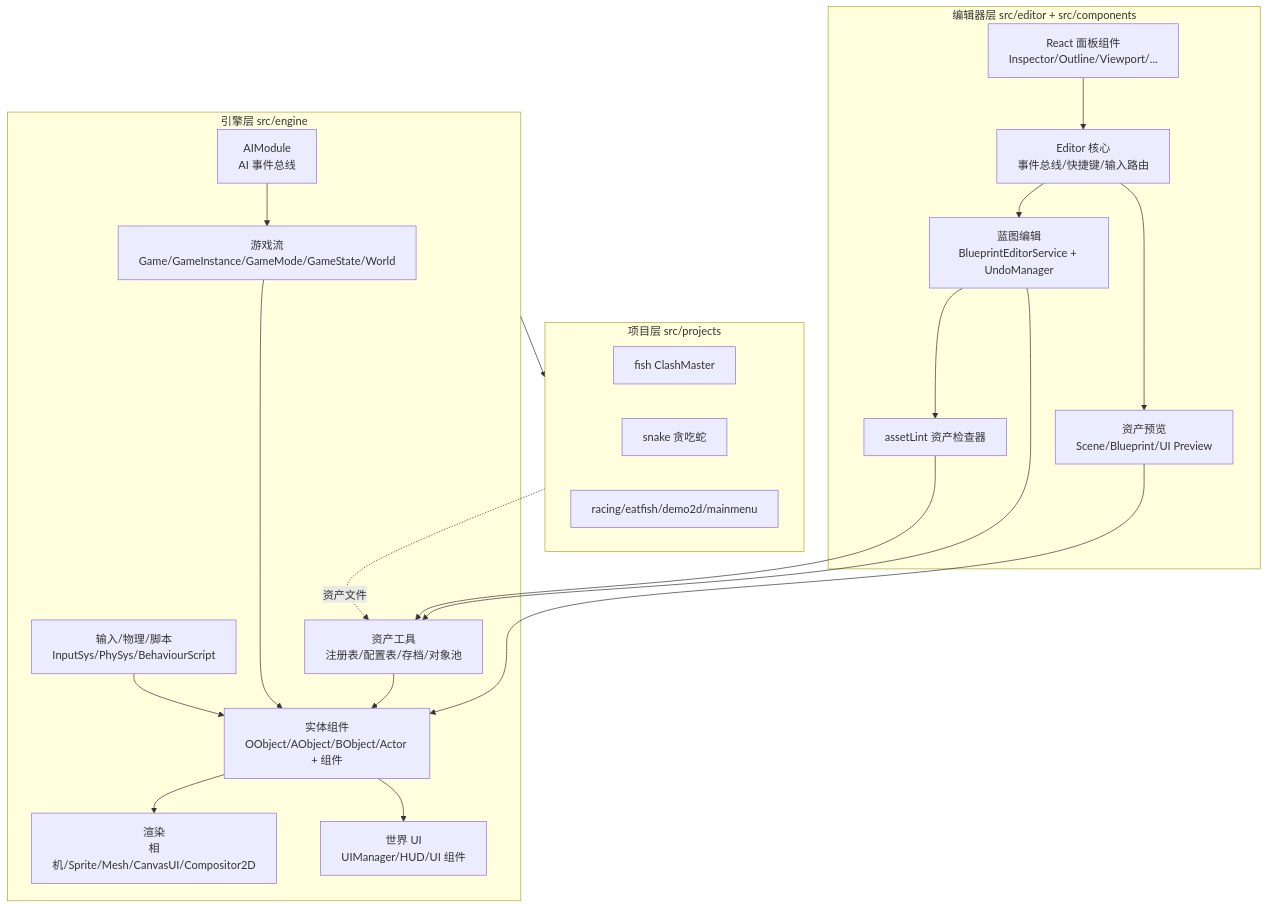
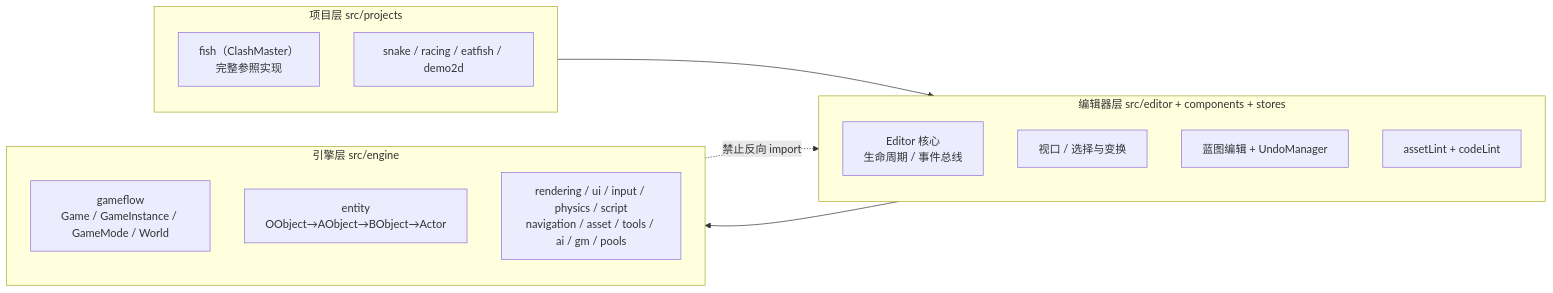
One commit to Kaplc/DemoStudio changed the diagram in doc/system_overview.md. Above: the diagram before and after it, drawn with Mermaid. The commit also changed other lines of this file and 38 other files, not shown here.

````diff
--- a/doc/system_overview.md
+++ b/doc/system_overview.md
@@ -301,41 +30,20 @@
 ```mermaid
-flowchart TD
-    subgraph Editor[编辑器层 src/editor + src/components]
-        UI[React 面板组件<br/>Inspector/Outline/Viewport/...]
-        Core[Editor 核心<br/>事件总线/快捷键/输入路由]
-        Edit[蓝图编辑<br/>BlueprintEditorService + UndoManager]
-        Lint[assetLint 资产检查器]
-        Prev[资产预览<br/>Scene/Blueprint/UI Preview]
+flowchart LR
+    subgraph PROJ[项目层 src/projects]
+        Fish["fish（ClashMaster）<br/>完整参照实现"]
+        Others["snake / racing / eatfish / demo2d"]
     end
-
-    subgraph Engine[引擎层 src/engine]
-        Flow[游戏流<br/>Game/GameInstance/GameMode/GameState/World]
-        Entity[实体组件<br/>OObject/AObject/BObject/Actor + 组件]
-        Render[渲染<br/>相机/Sprite/Mesh/CanvasUI/Compositor2D]
-        UI2[世界 UI<br/>UIManager/HUD/UI 组件]
-        InP[输入/物理/脚本<br/>InputSys/PhySys/BehaviourScript]
-        Asset[资产工具<br/>注册表/配置表/存档/对象池]
-        AI[AIModule<br/>AI 事件总线]
+    subgraph EDIT[编辑器层 src/editor + components + stores]
+        Core["Editor 核心<br/>生命周期 / 事件总线"]
+        Vp["视口 / 选择与变换"]
+        Bp["蓝图编辑 + UndoManager"]
+        Lint["assetLint + codeLint"]
     end
-
-    subgraph Projects[项目层 src/projects]
-        P1[fish ClashMaster]
-        P2[snake 贪吃蛇]
-        P3[racing/eatfish/demo2d/mainmenu]
+    subgraph ENG[引擎层 src/engine]
+        Flow["gameflow<br/>Game / GameInstance / GameMode / World"]
+        Ent["entity<br/>OObject→AObject→BObject→Actor"]
+        Sup["rendering / ui / input / physics / script<br/>navigation / asset / tools / ai / gm / pools"]
     end
-
-    UI --> Core --> Edit --> Lint
-    Core --> Prev
-    Edit --> Asset
-    Lint --> Asset
-    Prev --> Entity
-
-    Engine --> Projects
-    Flow --> Entity --> Render
-    Entity --> UI2
-    InP --> Entity
-    Asset --> Entity
-    AI --> Flow
-
-    Projects -. 资产文件 .-> Asset
+    PROJ --> EDIT --> ENG
+    ENG -. 禁止反向 import .-> EDIT
 ```
````
